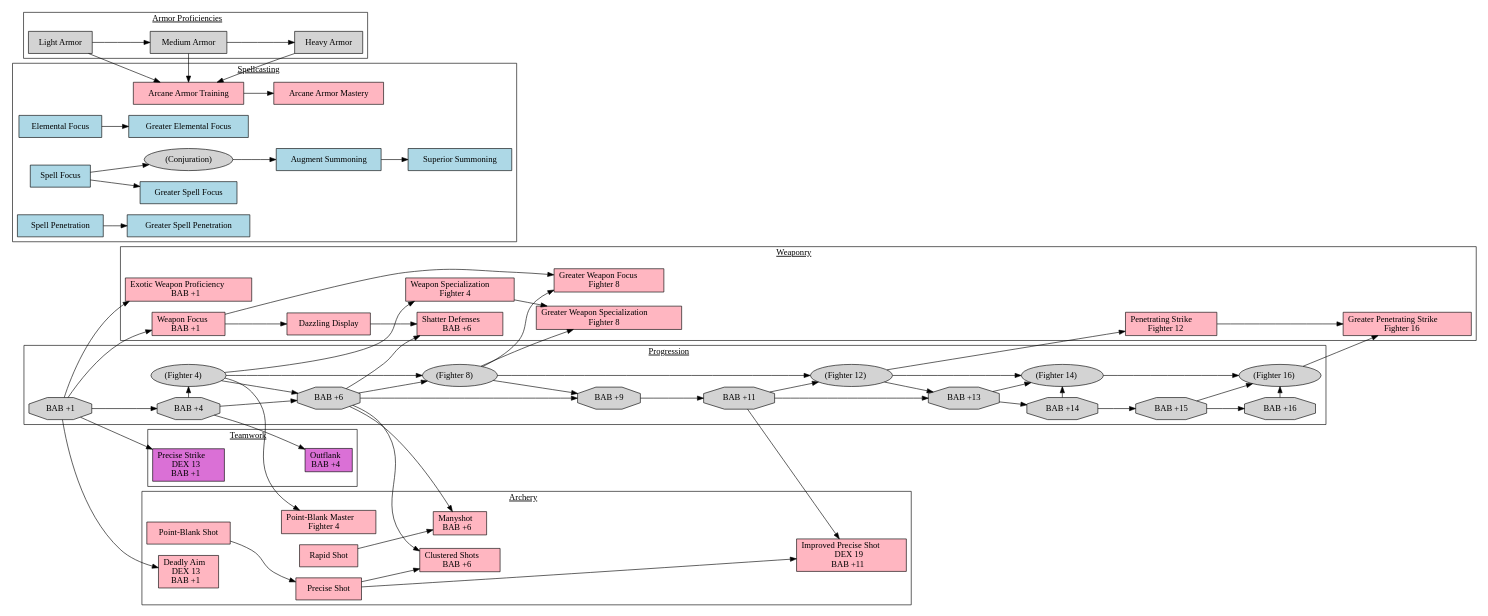
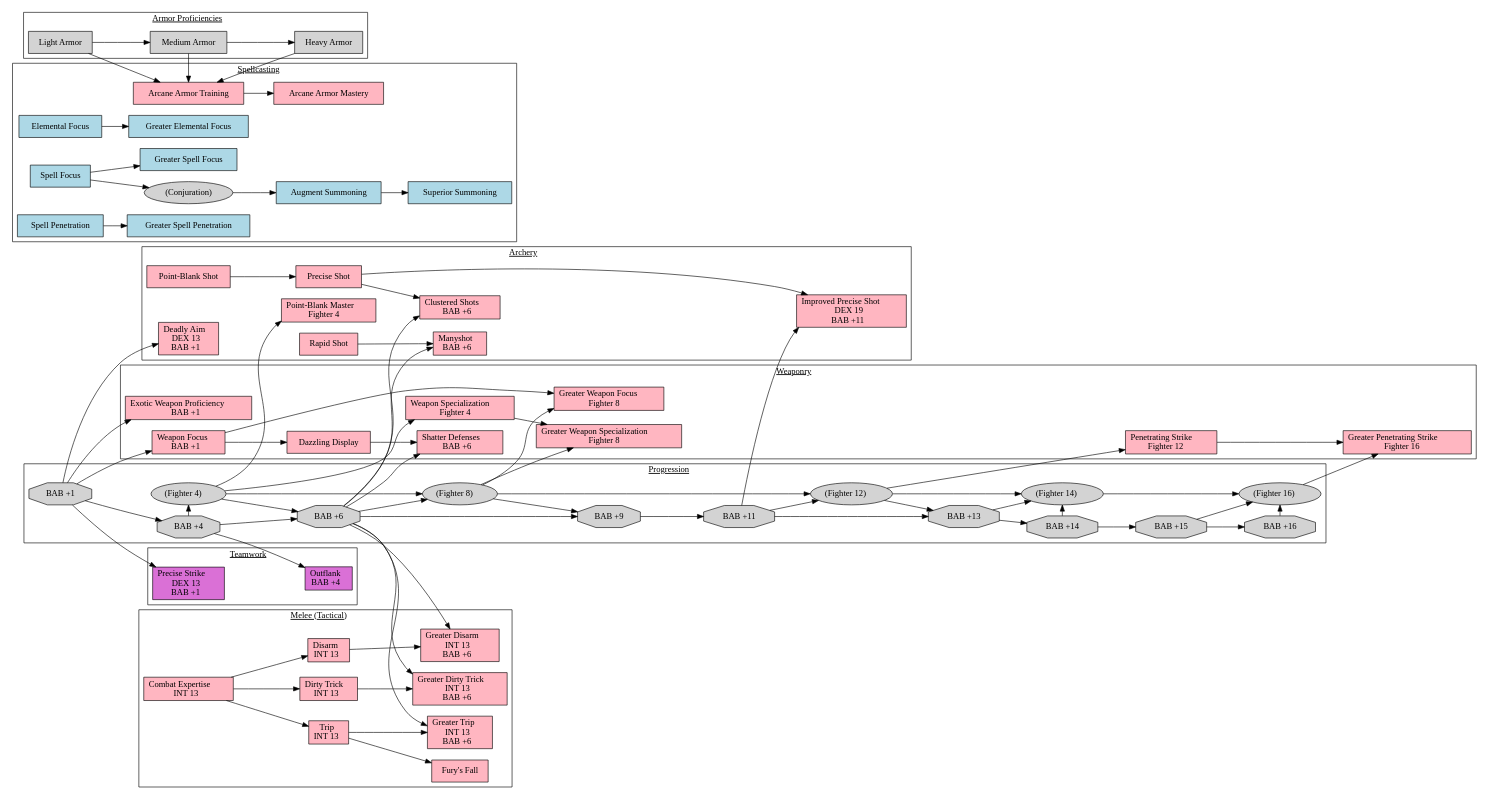
Before and after one commit to JAlexLind/PathFinder: the diagram in Character.dot, drawn with Graphviz.

Commit message:
Add tactical (INT based) melee feats.

```diff
--- a/Character.dot
+++ b/Character.dot
@@ -1,132 +1,156 @@
 digraph Character
 {
   ratio=auto
   rankdir=LR
   newrank=true
   node [shape=rectangle, color=black, style=filled, fillcolor=transparent]
 
 subgraph cluster_bab
 {
   label=<<U>Progression</U>>
   node [shape=octagon, fillcolor=lightgrey]
   "Fighter 4" [shape=oval, label=<(\N)>]
   "Fighter 8" [shape=oval, label=<(\N)>]
   "Fighter 12" [shape=oval, label=<(\N)>]
   "Fighter 14" [shape=oval, label=<(\N)>]
   "Fighter 16" [shape=oval, label=<(\N)>]
   "BAB +1" -> "BAB +4" -> "BAB +6" -> "BAB +9" -> "BAB +11" -> "BAB +13" -> "BAB +14" -> "BAB +15" -> "BAB +16"
   "Fighter 4" -> "Fighter 8" -> "Fighter 12" -> "Fighter 14" -> "Fighter 16"
   "BAB +4" -> "Fighter 4" [constraint=false]
   "Fighter 4" -> "BAB +6"
   "BAB +6" -> "Fighter 8"
   "Fighter 8" -> "BAB +9"
   "BAB +11" -> "Fighter 12"
   "Fighter 12" -> "BAB +13"
   "BAB +13" -> "Fighter 14"
   "BAB +14" -> "Fighter 14" [constraint=false]
   "BAB +15" -> "Fighter 16"
   "BAB +16" -> "Fighter 16" [constraint=false]
 }
 
 subgraph cluster_armors
 {
   label=<<U>Armor Proficiencies</U>>
   node [shape=rectangle, fillcolor=lightgrey]
   "Light Armor" -> "Medium Armor" -> "Heavy Armor"
 }
 
 subgraph cluster_teamwork
 {
   label=<<U>Teamwork</U>>
   node [fillcolor=orchid]
 
   "Outflank" [label=<\N<BR/>BAB +4>]
   "BAB +4" -> "Outflank"
 
   "Precise Strike" [label=<\N<BR/>DEX 13<BR/>BAB +1>]
   "BAB +1" -> "Precise Strike"
 }
 
 subgraph cluster_spellcasting
 {
   label=<<U>Spellcasting</U>>
   node [fillcolor=lightblue]
 
   "Elemental Focus" -> "Greater Elemental Focus"
   "Spell Focus" -> "Greater Spell Focus"
   "Spell Penetration" -> "Greater Spell Penetration"
   "(Conjuration)" [shape=oval, fillcolor=lightgrey]
   "Spell Focus" -> "(Conjuration)" -> "Augment Summoning" -> "Superior Summoning"
   "Arcane Armor Training" [fillcolor=lightpink]
   "Arcane Armor Mastery" [fillcolor=lightpink]
   "Light Armor" -> "Arcane Armor Training" [constraint=true]
   "Medium Armor" -> "Arcane Armor Training" [constraint=false]
   "Heavy Armor" -> "Arcane Armor Training" [constraint=false]
   "Arcane Armor Training" -> "Arcane Armor Mastery"
 }
 
 subgraph cluster_weaponry
 {
   label=<<U>Weaponry</U>>
   node [fillcolor=lightpink]
 
   "Exotic Weapon Proficiency" [label=<\N<BR/>BAB +1>]
   "BAB +1" -> "Exotic Weapon Proficiency"
 
   "Weapon Focus" [label=<\N<BR/>BAB +1>]
   "BAB +1" -> "Weapon Focus"
 
   "Weapon Specialization" [label=<\N<BR/>Fighter 4>]
   "Fighter 4" -> "Weapon Specialization"
 
   "Dazzling Display"
   "Weapon Focus" -> "Dazzling Display"
 
   "Shatter Defenses" [label=<\N<BR/>BAB +6>]
   "BAB +6" -> "Shatter Defenses"
   "Dazzling Display" -> "Shatter Defenses"
 
   "Greater Weapon Focus" [label=<\N<BR/>Fighter 8>]
   "Fighter 8" -> "Greater Weapon Focus"
   "Weapon Focus" -> "Greater Weapon Focus"
 
   "Greater Weapon Specialization" [label=<\N<BR/>Fighter 8>]
   "Fighter 8" -> "Greater Weapon Specialization"
   "Weapon Specialization" -> "Greater Weapon Specialization"
 
   "Penetrating Strike" [label=<\N<BR/>Fighter 12>]
   "Fighter 12" -> "Penetrating Strike"
 
   "Greater Penetrating Strike" [label=<\N<BR/>Fighter 16>]
   "Fighter 16" -> "Greater Penetrating Strike"
   "Penetrating Strike" -> "Greater Penetrating Strike"
 }
 
 subgraph cluster_archery
 {
   label=<<U>Archery</U>>
   node [fillcolor=lightpink]
 
   "Point-Blank Shot" -> "Precise Shot"
 
   "Deadly Aim" [label=<\N<BR/>DEX 13<BR/>BAB +1>]
   "BAB +1" -> "Deadly Aim"
 
   "Point-Blank Master" [label=<\N<BR/>Fighter 4>]
   "Fighter 4" -> "Point-Blank Master"
 
   "Clustered Shots" [label=<\N<BR/>BAB +6>]
   "Precise Shot" -> "Clustered Shots"
   "BAB +6" -> "Clustered Shots"
 
   "Rapid Shot"
   "Manyshot" [label=<\N<BR/>BAB +6>]
   "Rapid Shot" -> "Manyshot"
   "BAB +6" -> "Manyshot"
 
   "Improved Precise Shot" [label=<\N<BR/>DEX 19<BR/>BAB +11>]
   "Precise Shot" -> "Improved Precise Shot"
   "BAB +11" -> "Improved Precise Shot"
 }
 
+subgraph cluster_combat_int
+{
+  label=<<U>Melee (Tactical)</U>>
+  node [fillcolor=lightpink]
+
+  "Combat Expertise" [label=<\N<BR/>INT 13>]
+
+  "Dirty Trick" [label=<\N<BR/>INT 13>]
+  "Greater Dirty Trick" [label=<\N<BR/>INT 13<BR/>BAB +6>]
+  "Combat Expertise" -> "Dirty Trick" -> "Greater Dirty Trick"
+  "BAB +6" -> "Greater Dirty Trick"
+
+  "Disarm" [label=<\N<BR/>INT 13>]
+  "Greater Disarm" [label=<\N<BR/>INT 13<BR/>BAB +6>]
+  "Combat Expertise" -> "Disarm" -> "Greater Disarm"
+  "BAB +6" -> "Greater Disarm"
+
+  "Trip" [label=<\N<BR/>INT 13>]
+  "Greater Trip" [label=<\N<BR/>INT 13<BR/>BAB +6>]
+  "Combat Expertise" -> "Trip" -> "Greater Trip"
+  "Trip" -> "Fury's Fall"
+  "BAB +6" -> "Greater Trip"
 }
+
+}
```
